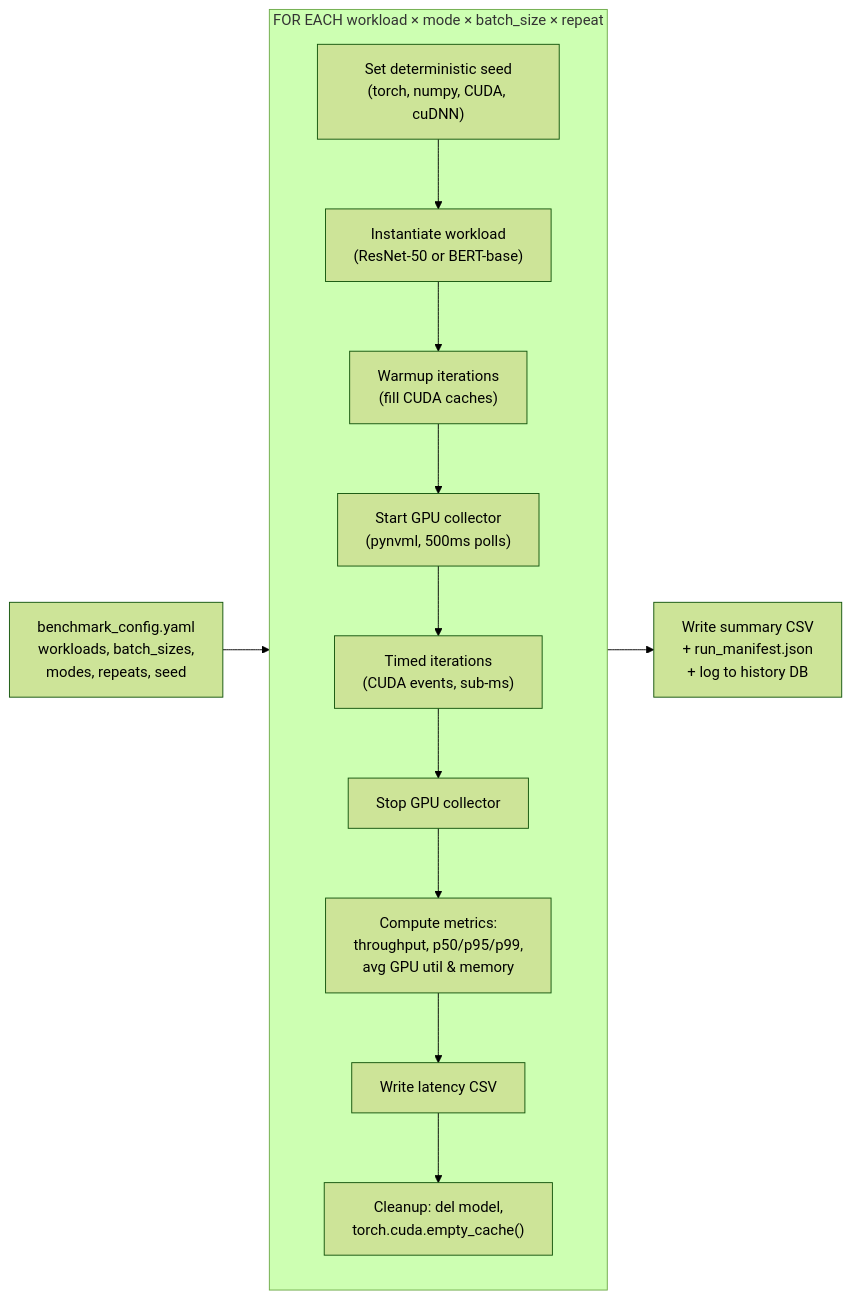
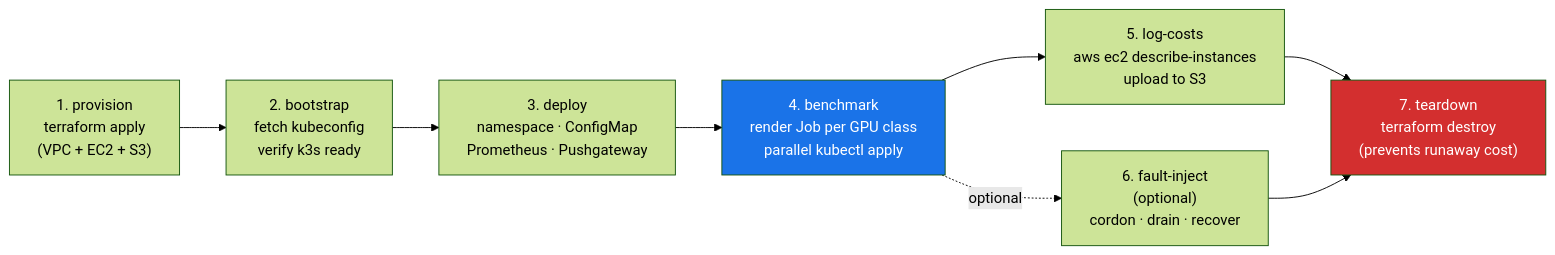
Before and after one commit to rahul370139/gpu_cloud_benchmark: the second of 5 diagrams in PROJECT_PROGRESS.md, drawn with Mermaid (forest theme). The commit also changed other lines of this file and 10 other files, not shown here.

````diff
--- a/PROJECT_PROGRESS.md
+++ b/PROJECT_PROGRESS.md
@@ -92,21 +115,18 @@
 ```mermaid
 flowchart LR
-    CONFIG["benchmark_config.yaml<br/>workloads, batch_sizes,<br/>modes, repeats, seed"] --> LOOP
+    P1["1. provision<br/>terraform apply<br/>(VPC + EC2 + S3)"]
+    P2["2. bootstrap<br/>fetch kubeconfig<br/>verify k3s ready"]
+    P3["3. deploy<br/>namespace · ConfigMap<br/>Prometheus · Pushgateway"]
+    P4["4. benchmark<br/>render Job per GPU class<br/>parallel kubectl apply"]
+    P5["5. log-costs<br/>aws ec2 describe-instances<br/>upload to S3"]
+    P6["6. fault-inject<br/>(optional)<br/>cordon · drain · recover"]
+    P7["7. teardown<br/>terraform destroy<br/>(prevents runaway cost)"]
 
-    subgraph LOOP["FOR EACH workload × mode × batch_size × repeat"]
-        direction TB
-        SEED["Set deterministic seed<br/>(torch, numpy, CUDA, cuDNN)"]
-        LOAD["Instantiate workload<br/>(ResNet-50 or BERT-base)"]
-        WARM["Warmup iterations<br/>(fill CUDA caches)"]
-        GPU_START["Start GPU collector<br/>(pynvml, 500ms polls)"]
-        TIME["Timed iterations<br/>(CUDA events, sub-ms)"]
-        GPU_STOP["Stop GPU collector"]
-        METRICS["Compute metrics:<br/>throughput, p50/p95/p99,<br/>avg GPU util & memory"]
-        WRITE["Write latency CSV"]
-        CLEAN["Cleanup: del model,<br/>torch.cuda.empty_cache()"]
+    P1 --> P2 --> P3 --> P4 --> P5
+    P4 -.optional.-> P6
+    P5 --> P7
+    P6 --> P7
 
-        SEED --> LOAD --> WARM --> GPU_START --> TIME --> GPU_STOP --> METRICS --> WRITE --> CLEAN
-    end
-
-    LOOP --> SUMMARY["Write summary CSV<br/>+ run_manifest.json<br/>+ log to history DB"]
+    style P4 fill:#1a73e8,color:#fff
+    style P7 fill:#d32f2f,color:#fff
 ```
````
